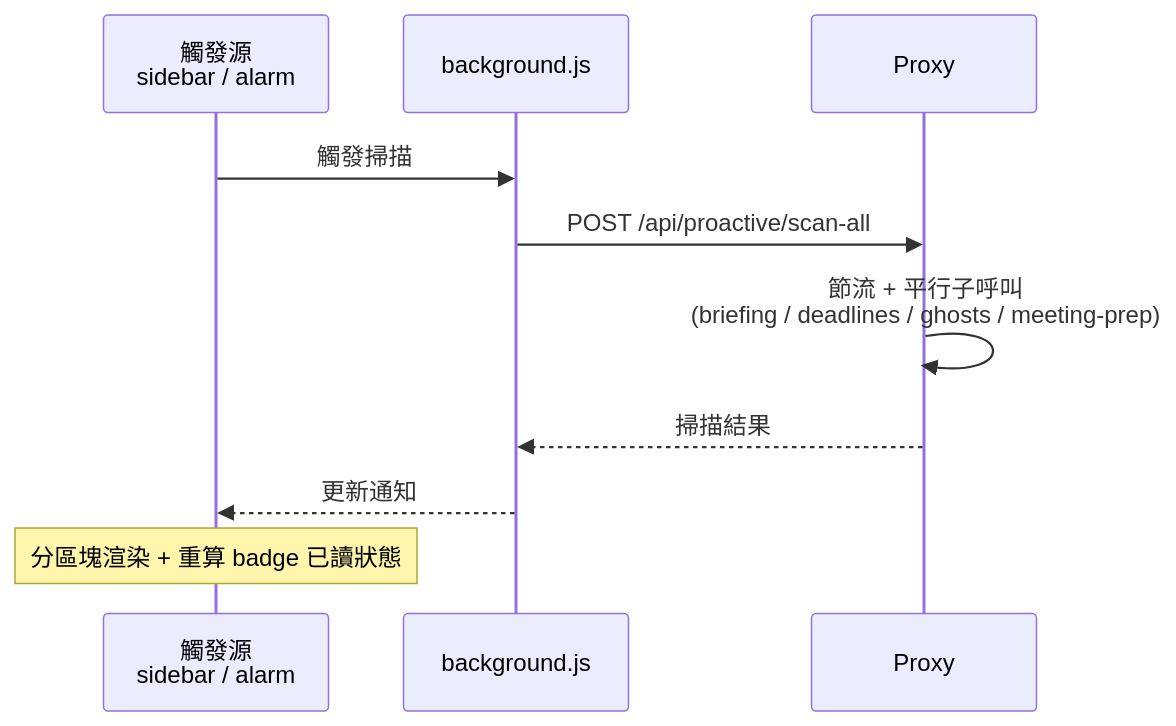
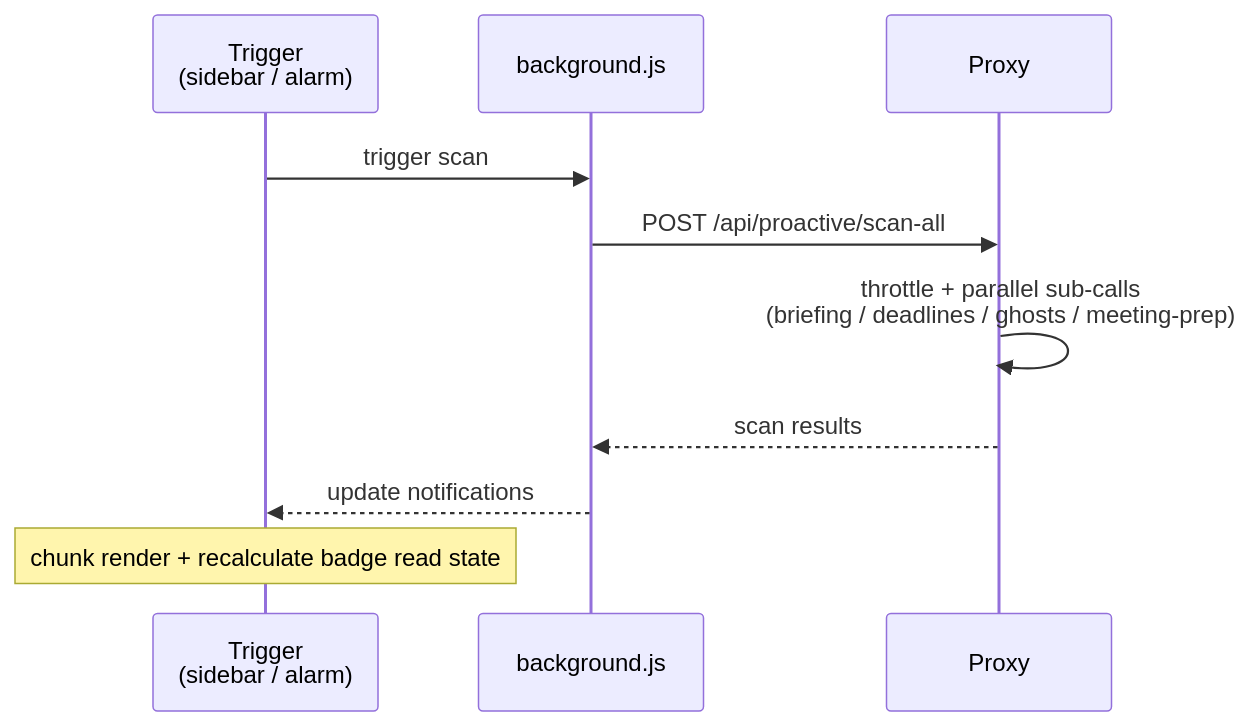
One commit to payton-chou-ms/browser-ext-for-iq-agent changed the sixth of 9 diagrams in docs/architecture.md. Above: the diagram before and after it, drawn with Mermaid. The commit also changed other lines of this file and 80 other files, not shown here.

````diff
--- a/docs/architecture.md
+++ b/docs/architecture.md
@@ -259,13 +261,13 @@
 ```mermaid
 sequenceDiagram
-  participant T as 觸發源<br/>sidebar / alarm
+  participant T as Trigger<br/>(sidebar / alarm)
   participant BG as background.js
   participant PX as Proxy
 
-  T->>BG: 觸發掃描
-  BG->>PX: POST /api/proactive/scan-all
-  PX->>PX: 節流 + 平行子呼叫<br/>(briefing / deadlines / ghosts / meeting-prep)
-  PX-->>BG: 掃描結果
-  BG-->>T: 更新通知
-  Note over T: 分區塊渲染 + 重算 badge 已讀狀態
+  T ->> BG: trigger scan
+  BG ->> PX: POST /api/proactive/scan-all
+  PX ->> PX: throttle + parallel sub-calls<br/>(briefing / deadlines / ghosts / meeting-prep)
+  PX -->> BG: scan results
+  BG -->> T: update notifications
+  Note over T: chunk render + recalculate badge read state
 ```
````
